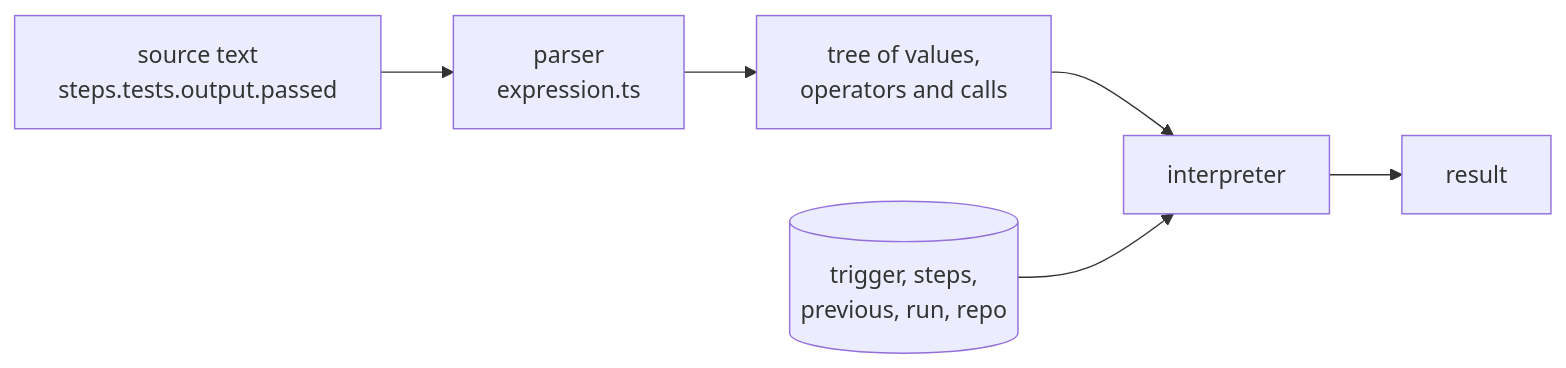
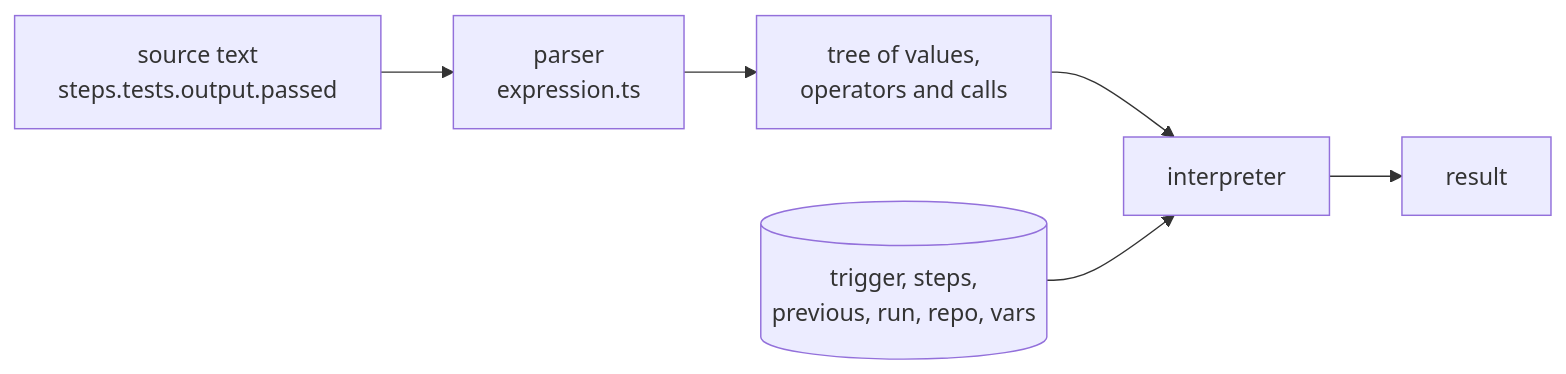
One commit to murilopereirame/automatic-system changed the second of 2 diagrams in docs/EXPRESSIONS.md. Above: the diagram before and after it, drawn with Mermaid. The commit also changed other lines of this file and 18 other files, not shown here.

````diff
--- a/docs/EXPRESSIONS.md
+++ b/docs/EXPRESSIONS.md
@@ -168,8 +169,8 @@
 ```mermaid
 flowchart LR
     S["source text<br/>steps.tests.output.passed"] --> P[parser<br/>expression.ts]
     P --> T[tree of values,<br/>operators and calls]
     T --> E[interpreter]
-    V[(trigger, steps,<br/>previous, run, repo)] --> E
+    V[(trigger, steps,<br/>previous, run, repo, vars)] --> E
     E --> R[result]
 ```
````
